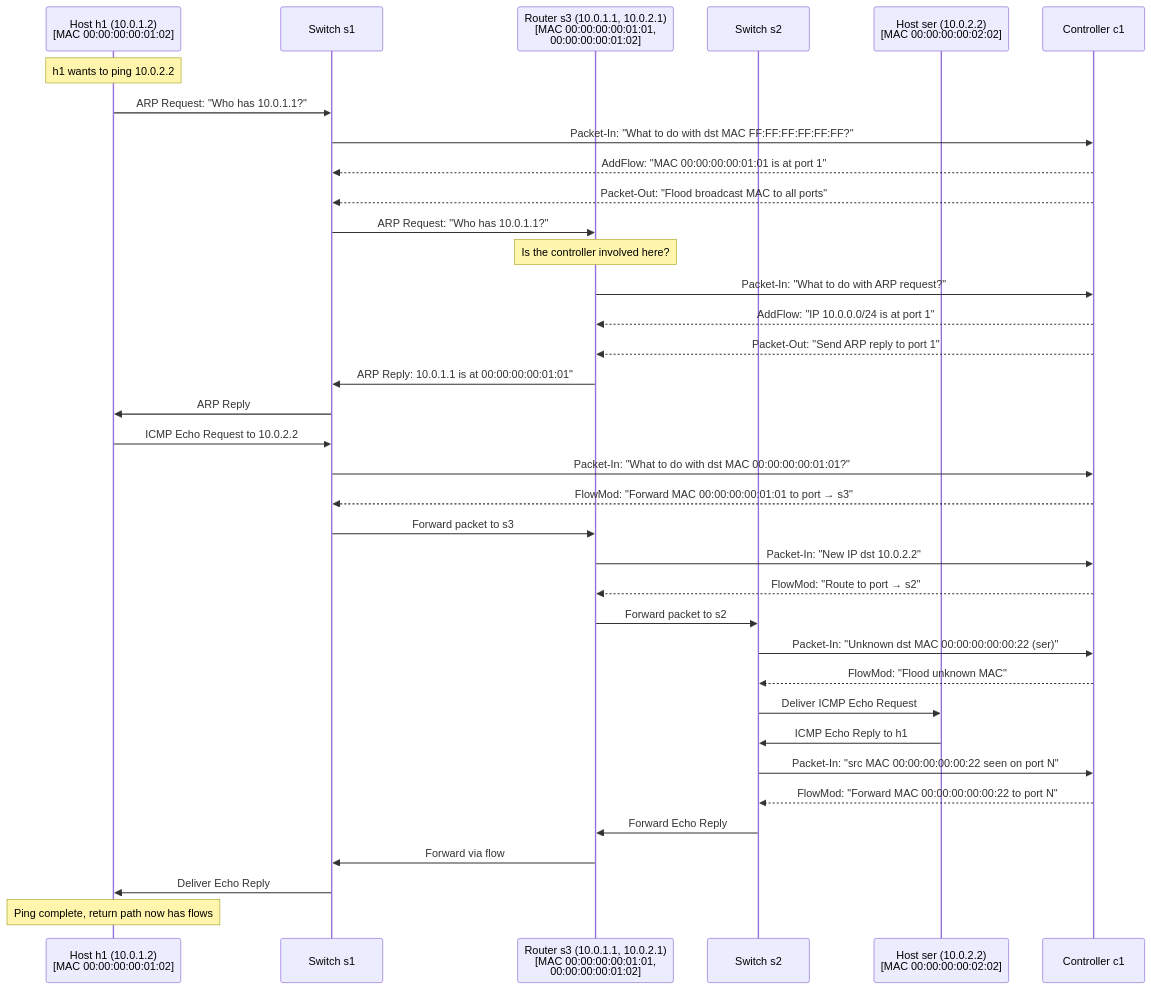
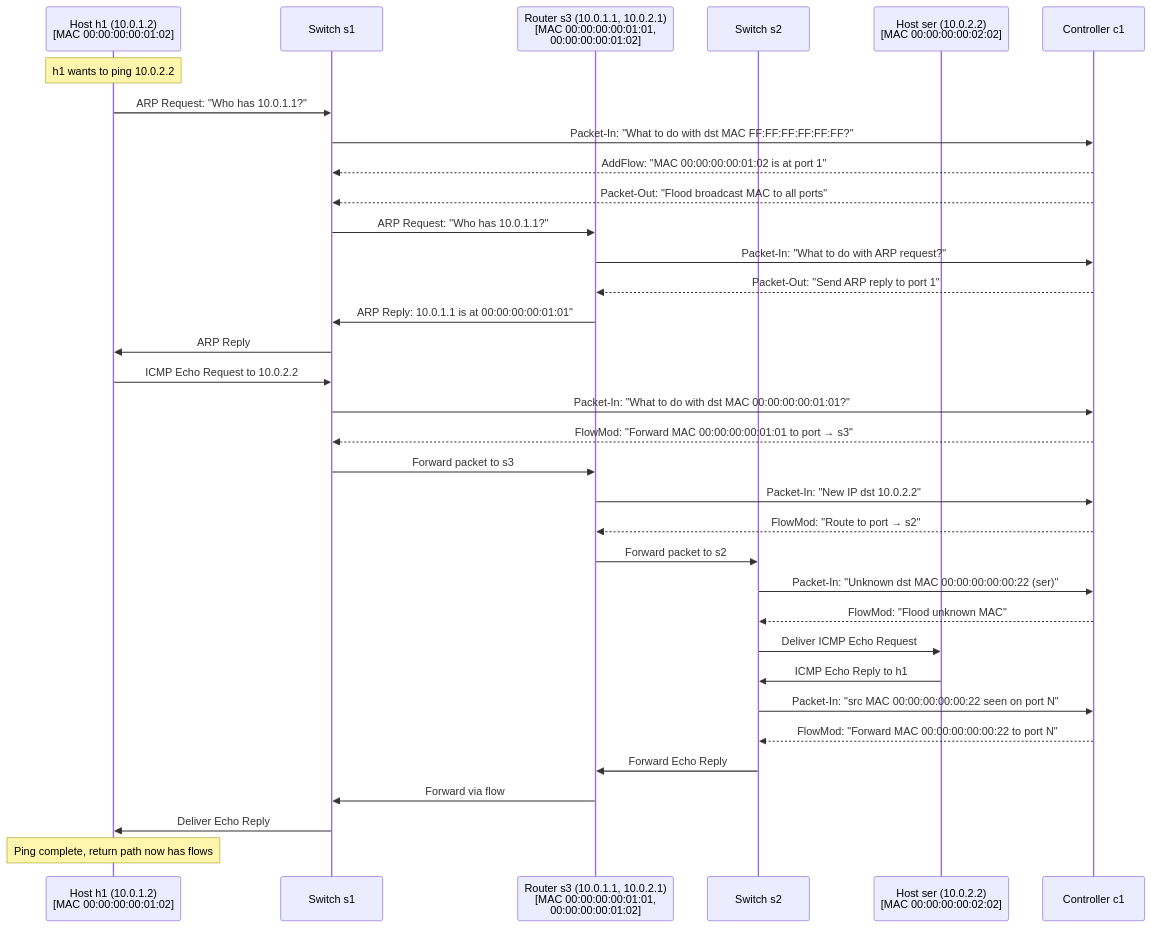
The second of 2 diagrams in lab1/notes1.md (tobi-lgs/ans-ss25), drawn with Mermaid before and after one commit. The commit also changed other lines of this file and 1 other file, not shown here.

````diff
--- a/lab1/notes1.md
+++ b/lab1/notes1.md
@@ -255,50 +262,48 @@
 ```mermaid
 sequenceDiagram
     participant h1 as Host h1 (10.0.1.2) <br> [MAC 00:00:00:00:01:02]
     participant s1 as Switch s1
     participant s3 as Router s3 (10.0.1.1, 10.0.2.1) <br> [MAC 00:00:00:00:01:01, <br> 00:00:00:00:01:02]
     participant s2 as Switch s2
     participant ser as Host ser (10.0.2.2) <br> [MAC 00:00:00:00:02:02]
     participant c1 as Controller c1
 
     Note over h1: h1 wants to ping 10.0.2.2
 
     %% --- ARP Phase ---
     h1->>s1: ARP Request: "Who has 10.0.1.1?"
     s1->>c1: Packet-In: "What to do with dst MAC FF:FF:FF:FF:FF:FF?"
-    c1-->>s1: AddFlow: "MAC 00:00:00:00:01:01 is at port 1"
+    c1-->>s1: AddFlow: "MAC 00:00:00:00:01:02 is at port 1"
     c1-->>s1: Packet-Out: "Flood broadcast MAC to all ports"
     s1->>s3: ARP Request: "Who has 10.0.1.1?"
-    Note over s3: Is the controller involved here?
     s3->>c1: Packet-In: "What to do with ARP request?"
-    c1-->>s3: AddFlow: "IP 10.0.0.0/24 is at port 1"
     c1-->>s3: Packet-Out: "Send ARP reply to port 1"
     s3->>s1: ARP Reply: 10.0.1.1 is at 00:00:00:00:01:01"
     s1->>h1: ARP Reply
 
     %% --- ICMP Echo Request Phase ---
     h1->>s1: ICMP Echo Request to 10.0.2.2
     s1->>c1: Packet-In: "What to do with dst MAC 00:00:00:00:01:01?"
     c1-->>s1: FlowMod: "Forward MAC 00:00:00:00:01:01 to port → s3"
     s1->>s3: Forward packet to s3
 
     s3->>c1: Packet-In: "New IP dst 10.0.2.2"
     c1-->>s3: FlowMod: "Route to port → s2"
     s3->>s2: Forward packet to s2
 
     s2->>c1: Packet-In: "Unknown dst MAC 00:00:00:00:00:22 (ser)"
     c1-->>s2: FlowMod: "Flood unknown MAC"
     s2->>ser: Deliver ICMP Echo Request
 
     %% --- ICMP Echo Reply Phase (ser replies) ---
     ser->>s2: ICMP Echo Reply to h1
     s2->>c1: Packet-In: "src MAC 00:00:00:00:00:22 seen on port N"
     c1-->>s2: FlowMod: "Forward MAC 00:00:00:00:00:22 to port N"
     s2->>s3: Forward Echo Reply
 
     s3->>s1: Forward via flow
     s1->>h1: Deliver Echo Reply
 
     Note over h1: Ping complete, return path now has flows
 
 ```
````
